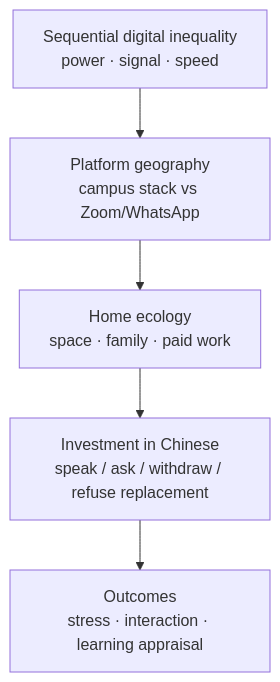
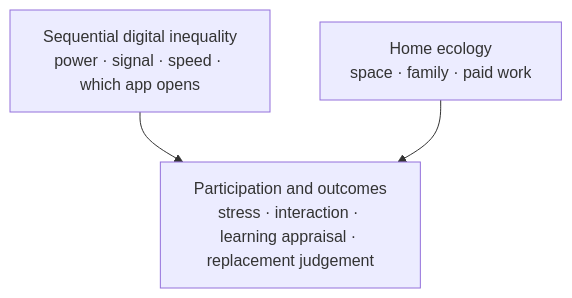
Before and after one commit to kristinehina23-rgb/heena: the diagram in papers/q1-masters-covid/figure-1-sketch.md, drawn with Mermaid. The commit also changed other lines of this file and 7 other files, not shown here.

````diff
--- a/papers/q1-masters-covid/figure-1-sketch.md
+++ b/papers/q1-masters-covid/figure-1-sketch.md
@@ -5,7 +7,5 @@
 ```mermaid
 flowchart TD
-  A[Sequential digital inequality<br/>power · signal · speed] --> P[Platform geography<br/>campus stack vs Zoom/WhatsApp]
-  P --> B[Home ecology<br/>space · family · paid work]
-  B --> C[Investment in Chinese<br/>speak / ask / withdraw / refuse replacement]
-  C --> D[Outcomes<br/>stress · interaction · learning appraisal]
+  A[Sequential digital inequality<br/>power · signal · speed · which app opens] --> D[Participation and outcomes<br/>stress · interaction · learning appraisal · replacement judgement]
+  B[Home ecology<br/>space · family · paid work] --> D
 ```
````
